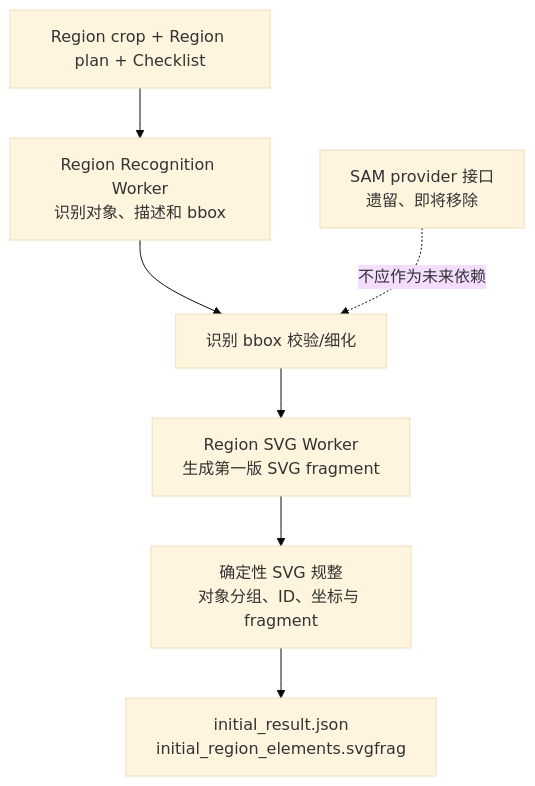
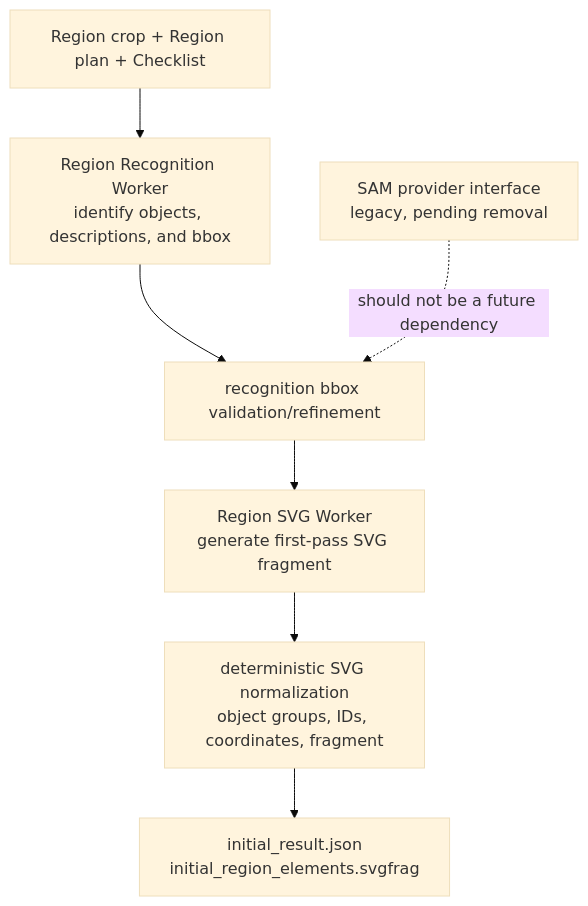
One commit to PeiXingXie/Raster2SVG-Demo changed the third of 6 diagrams in architecture-summary/02-conversion-workflow.md. Above: the diagram before and after it, drawn with Mermaid (base theme). The commit also changed other lines of this file and 14 other files, not shown here.

````diff
--- a/architecture-summary/02-conversion-workflow.md
+++ b/architecture-summary/02-conversion-workflow.md
@@ -80,10 +93,10 @@
 ```mermaid
 flowchart TD
-    RegionInput["Region crop + Region plan + Checklist"] --> Recognize["Region Recognition Worker<br/>识别对象、描述和 bbox"]
-    Recognize --> BBoxCheck["识别 bbox 校验/细化"]
-    BBoxCheck --> Generate["Region SVG Worker<br/>生成第一版 SVG fragment"]
-    Generate --> Finalize["确定性 SVG 规整<br/>对象分组、ID、坐标与 fragment"]
+    RegionInput["Region crop + Region plan + Checklist"] --> Recognize["Region Recognition Worker<br/>identify objects, descriptions, and bbox"]
+    Recognize --> BBoxCheck["recognition bbox validation/refinement"]
+    BBoxCheck --> Generate["Region SVG Worker<br/>generate first-pass SVG fragment"]
+    Generate --> Finalize["deterministic SVG normalization<br/>object groups, IDs, coordinates, fragment"]
     Finalize --> Persist["initial_result.json<br/>initial_region_elements.svgfrag"]
 
-    SamLegacy["SAM provider 接口<br/>遗留、即将移除"] -. "不应作为未来依赖" .-> BBoxCheck
+    SamLegacy["SAM provider interface<br/>legacy, pending removal"] -. "should not be a future dependency" .-> BBoxCheck
 ```
````
